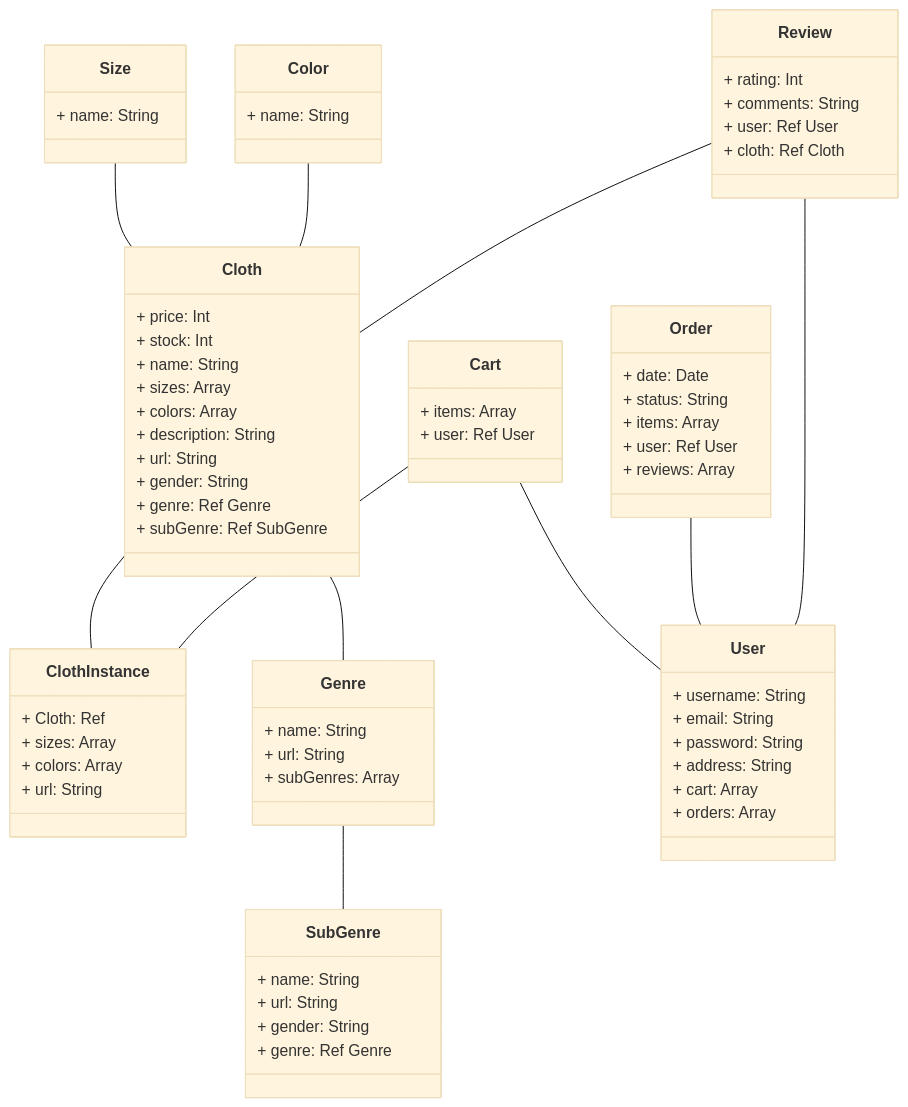
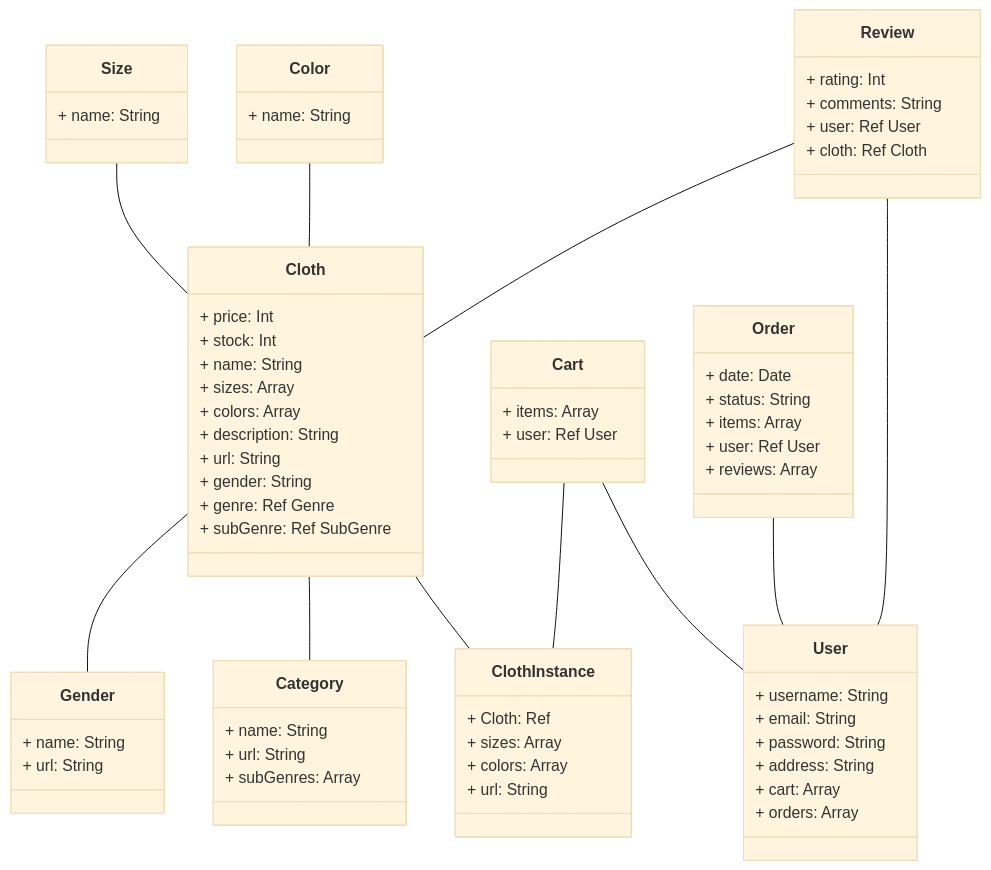
The diagram in README.md (aScHEABL/inventory-application), drawn with Mermaid (base theme) before and after one commit.

Commit message:
fix: naming category and gender class

````diff
--- a/README.md
+++ b/README.md
@@ -2,10 +2,10 @@
 ```mermaid
 classDiagram
     Cloth -- ClothInstance
-    Cloth -- Genre
+    Cloth -- Category
+    Cloth -- Gender
     Size -- Cloth
     Color -- Cloth
-    Genre -- SubGenre
     Cart -- User
     Order -- User
     Review -- User
@@ -32,10 +32,15 @@
         + url: String
     }
 
-    class Genre {
+    class Category {
         + name: String
         + url: String
         + subGenres: Array<Ref SubGenre>
+    }
+
+    class Gender {
+        + name: String
+        + url: String
     }
 
     class Size {
@@ -44,13 +49,6 @@
 
     class Color {
         + name: String
-    }
-
-    class SubGenre {
-        + name: String
-        + url: String
-        + gender: String
-        + genre: Ref Genre
     }
 
     class User {
````
